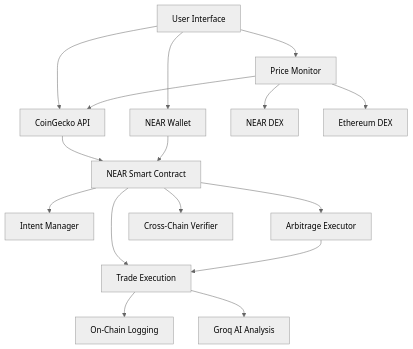
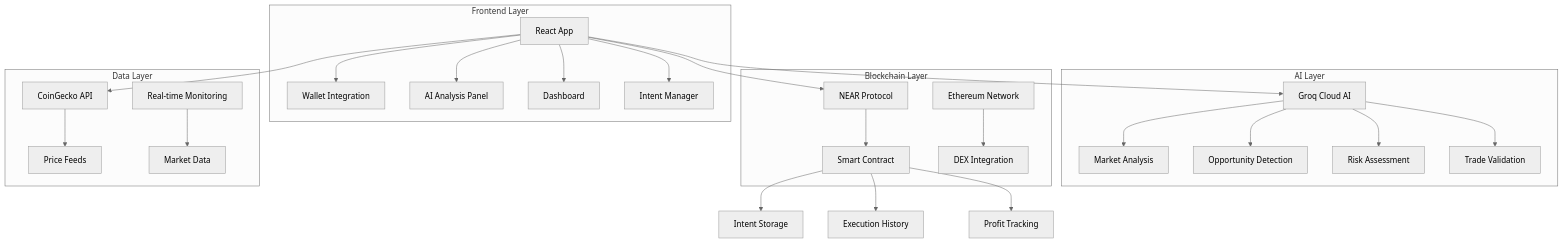
Before and after one commit to Emmy123222/Near: the first of 2 diagrams in README.md, drawn with Mermaid (neutral theme). The commit also changed other lines of this file, not shown here.

````diff
--- a/README.md
+++ b/README.md
@@ -25,18 +31,33 @@
 ```mermaid
 graph TB
-    A[User Interface] --> B[NEAR Wallet]
-    A --> C[Price Monitor]
-    A --> D[Smart Contract Interface]
-    C --> D[CoinGecko API]
-    C --> E[NEAR DEX]
-    C --> F[Ethereum DEX]
-    D --> G[NEAR Smart Contract]
-    B --> G[NEAR Smart Contract]
-    G --> H[Intent Manager]
-    G --> I[Arbitrage Executor]
-    G --> J[Cross-Chain Verifier]
-    G --> K[AI Integration Layer]
-    I --> K[Trade Execution]
-    K --> L[On-Chain Logging]
-    K --> M[Groq AI Analysis]
+    subgraph "Frontend Layer"
+        A[React App] --> B[Wallet Integration]
+        A --> C[AI Analysis Panel]
+        A --> D[Dashboard]
+        A --> E[Intent Manager]
+    end
+    
+    subgraph "AI Layer"
+        F[Groq Cloud AI] --> G[Market Analysis]
+        F --> H[Opportunity Detection]
+        F --> I[Risk Assessment]
+        F --> J[Trade Validation]
+    end
+    
+    subgraph "Blockchain Layer"
+        K[NEAR Protocol] --> L[Smart Contract]
+        M[Ethereum Network] --> N[DEX Integration]
+    end
+    
+    subgraph "Data Layer"
+        O[CoinGecko API] --> P[Price Feeds]
+        Q[Real-time Monitoring] --> R[Market Data]
+    end
+    
+    A --> F
+    A --> K
+    A --> O
+    L --> S[Intent Storage]
+    L --> T[Execution History]
+    L --> U[Profit Tracking]
 ```
````
